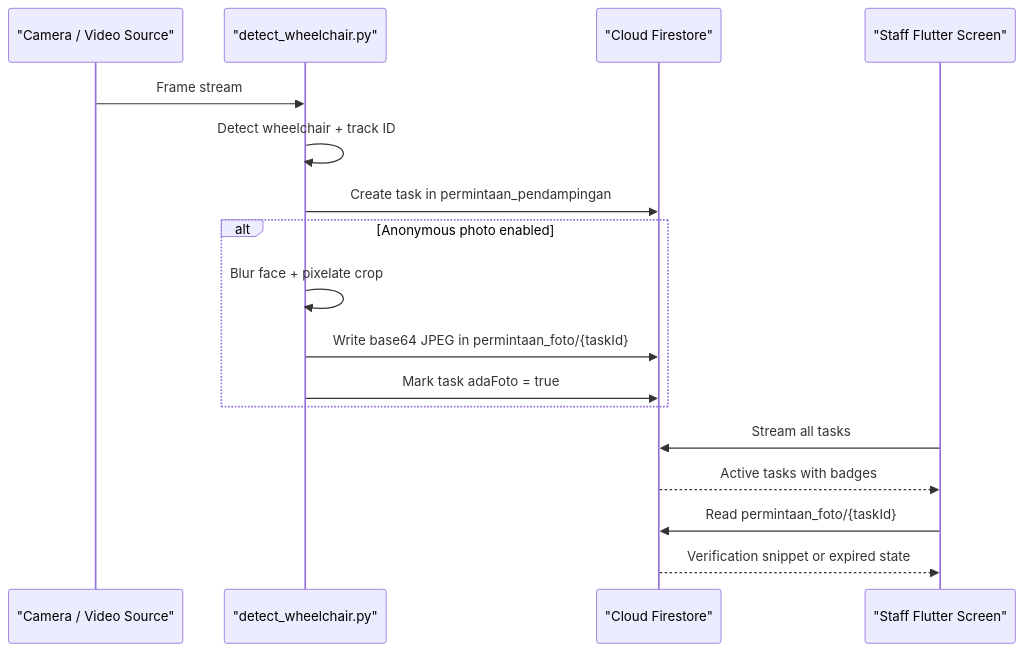
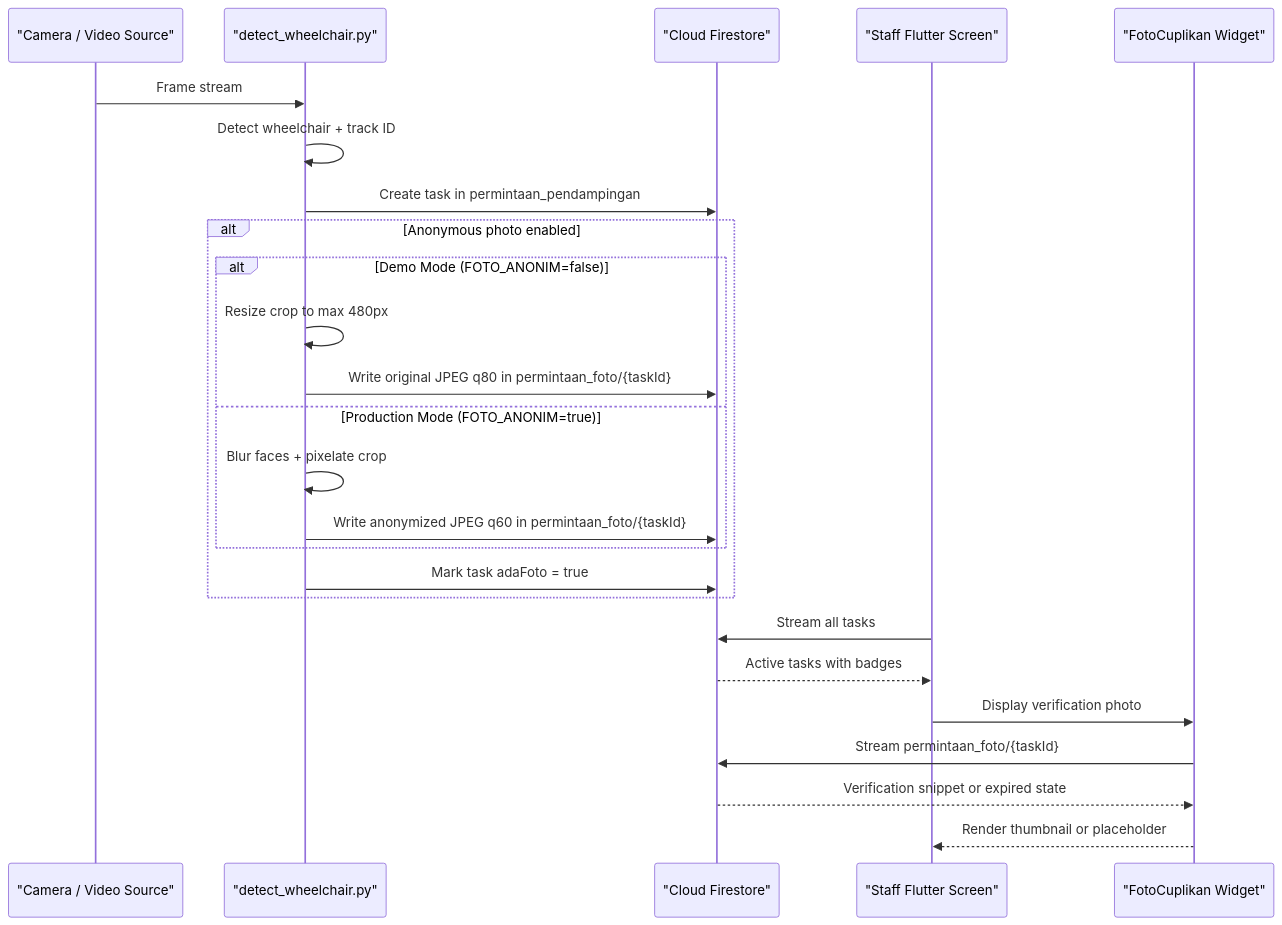
Before and after one commit to rdsarjito/whoosh-ramah: the second of 11 diagrams in .qoder/repowiki/en/content/AI Detection System/Anonymous Photo Verification System.md, drawn with Mermaid. The commit also changed other lines of this file and 18 other files, not shown here.

Commit message:
chore: refresh repowiki and detector cache after foto anonim steps

````diff
--- a/.qoder/repowiki/en/content/AI Detection System/Anonymous Photo Verification System.md
+++ b/.qoder/repowiki/en/content/AI Detection System/Anonymous Photo Verification System.md
@@ -113,19 +133,27 @@
 ```mermaid
 sequenceDiagram
 participant Camera as "Camera / Video Source"
 participant Detector as "detect_wheelchair.py"
 participant Firebase as "Cloud Firestore"
 participant StaffApp as "Staff Flutter Screen"
+participant FotoWidget as "FotoCuplikan Widget"
 Camera->>Detector : Frame stream
 Detector->>Detector : Detect wheelchair + track ID
 Detector->>Firebase : Create task in permintaan_pendampingan
 alt Anonymous photo enabled
-Detector->>Detector : Blur face + pixelate crop
-Detector->>Firebase : Write base64 JPEG in permintaan_foto/{taskId}
+alt Demo Mode (FOTO_ANONIM=false)
+Detector->>Detector : Resize crop to max 480px
+Detector->>Firebase : Write original JPEG q80 in permintaan_foto/{taskId}
+else Production Mode (FOTO_ANONIM=true)
+Detector->>Detector : Blur faces + pixelate crop
+Detector->>Firebase : Write anonymized JPEG q60 in permintaan_foto/{taskId}
+end
 Detector->>Firebase : Mark task adaFoto = true
 end
 StaffApp->>Firebase : Stream all tasks
 Firebase-->>StaffApp : Active tasks with badges
-StaffApp->>Firebase : Read permintaan_foto/{taskId}
-Firebase-->>StaffApp : Verification snippet or expired state
+StaffApp->>FotoWidget : Display verification photo
+FotoWidget->>Firebase : Stream permintaan_foto/{taskId}
+Firebase-->>FotoWidget : Verification snippet or expired state
+FotoWidget-->>StaffApp : Render thumbnail or placeholder
 ```
````
